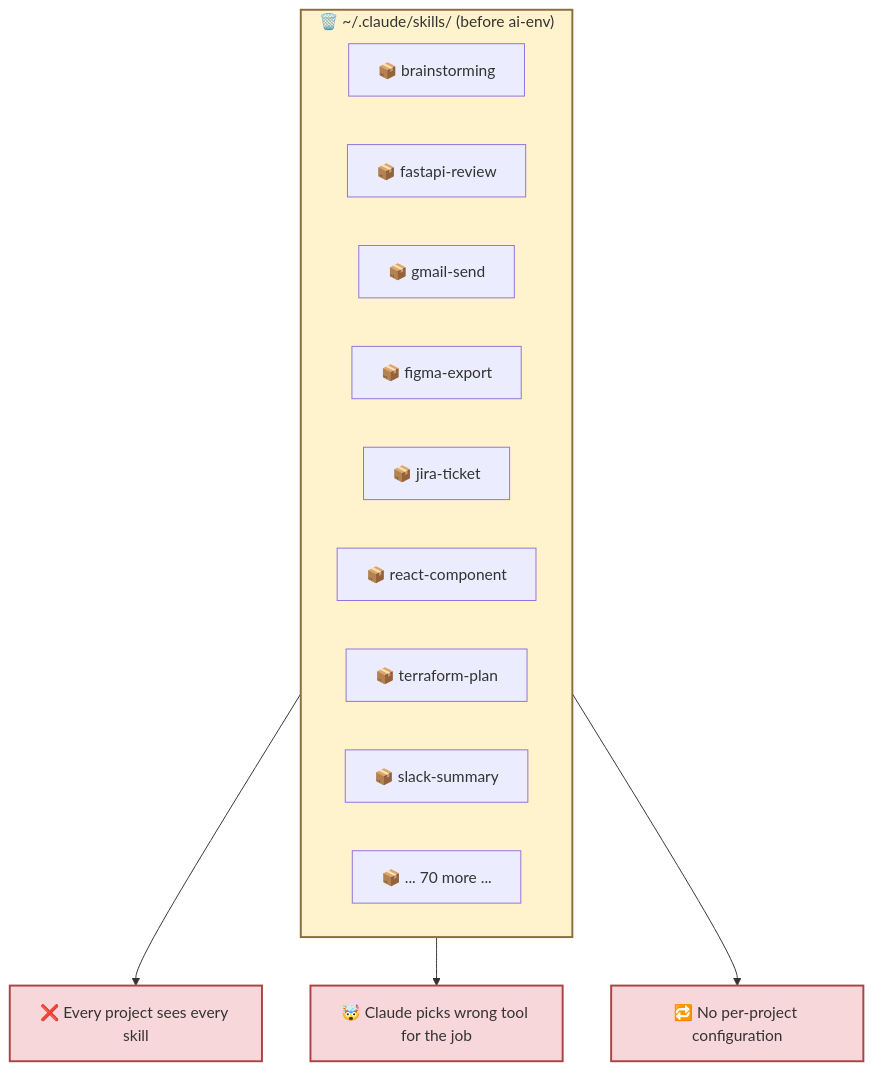
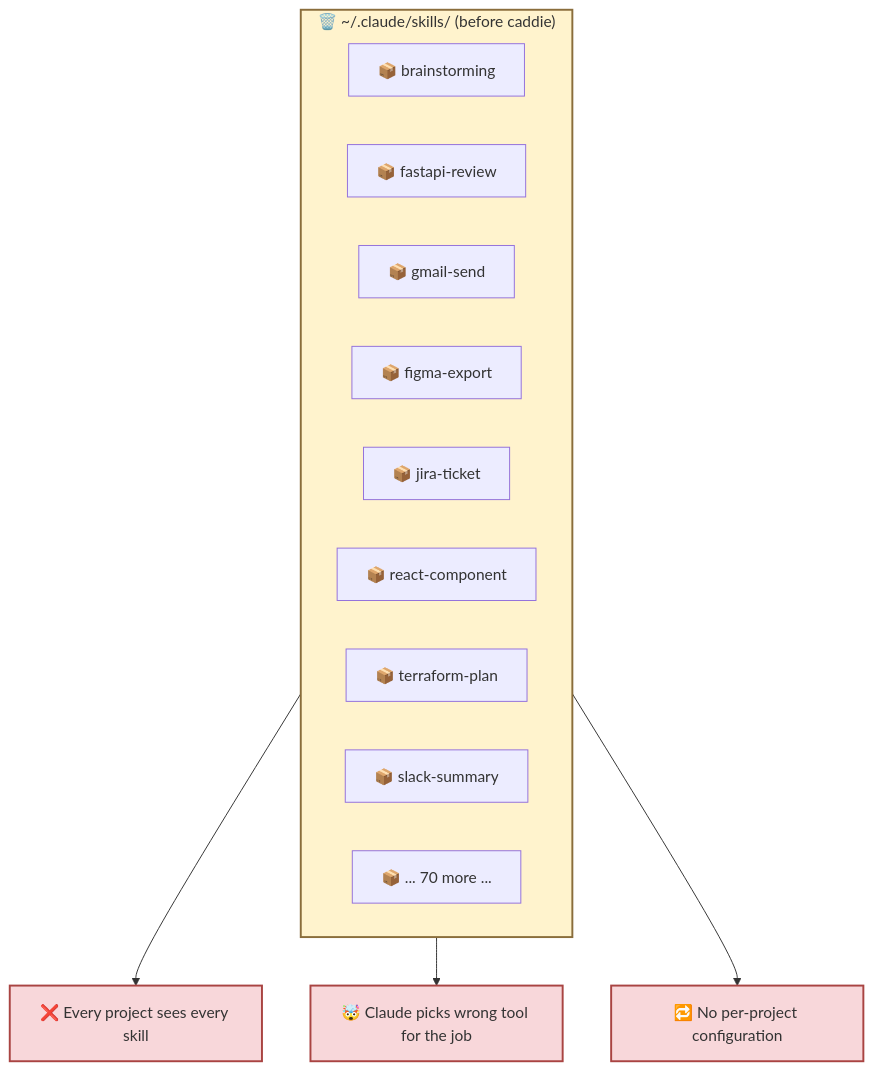
One commit to Portauw/caddie changed the diagram in docs/images/01-problem.mmd. Above: the diagram before and after it, drawn with Mermaid. The commit also changed 21 other files, not shown here.

First line of the commit message:
chore: rename ai-env → caddie

```diff
--- a/docs/images/01-problem.mmd
+++ b/docs/images/01-problem.mmd
@@ -1,23 +1,23 @@
 flowchart TB
     classDef pile fill:#fff3cd,stroke:#8a6d3b,stroke-width:2px,color:#333
     classDef pain fill:#f8d7da,stroke:#a94442,stroke-width:2px,color:#333
 
-    subgraph pile["🗑️  ~/.claude/skills/  (before ai-env)"]
+    subgraph pile["🗑️  ~/.claude/skills/  (before caddie)"]
         direction LR
         A["📦 brainstorming"]
         B["📦 fastapi-review"]
         C["📦 gmail-send"]
         D["📦 figma-export"]
         E["📦 jira-ticket"]
         F["📦 react-component"]
         G["📦 terraform-plan"]
         H["📦 slack-summary"]
         I["📦 ... 70 more ..."]
     end
 
     pile --> P1["❌ Every project sees every skill"]
     pile --> P2["🤯 Claude picks wrong tool for the job"]
     pile --> P3["🔁 No per-project configuration"]
 
     class pile pile
     class P1,P2,P3 pain
```
